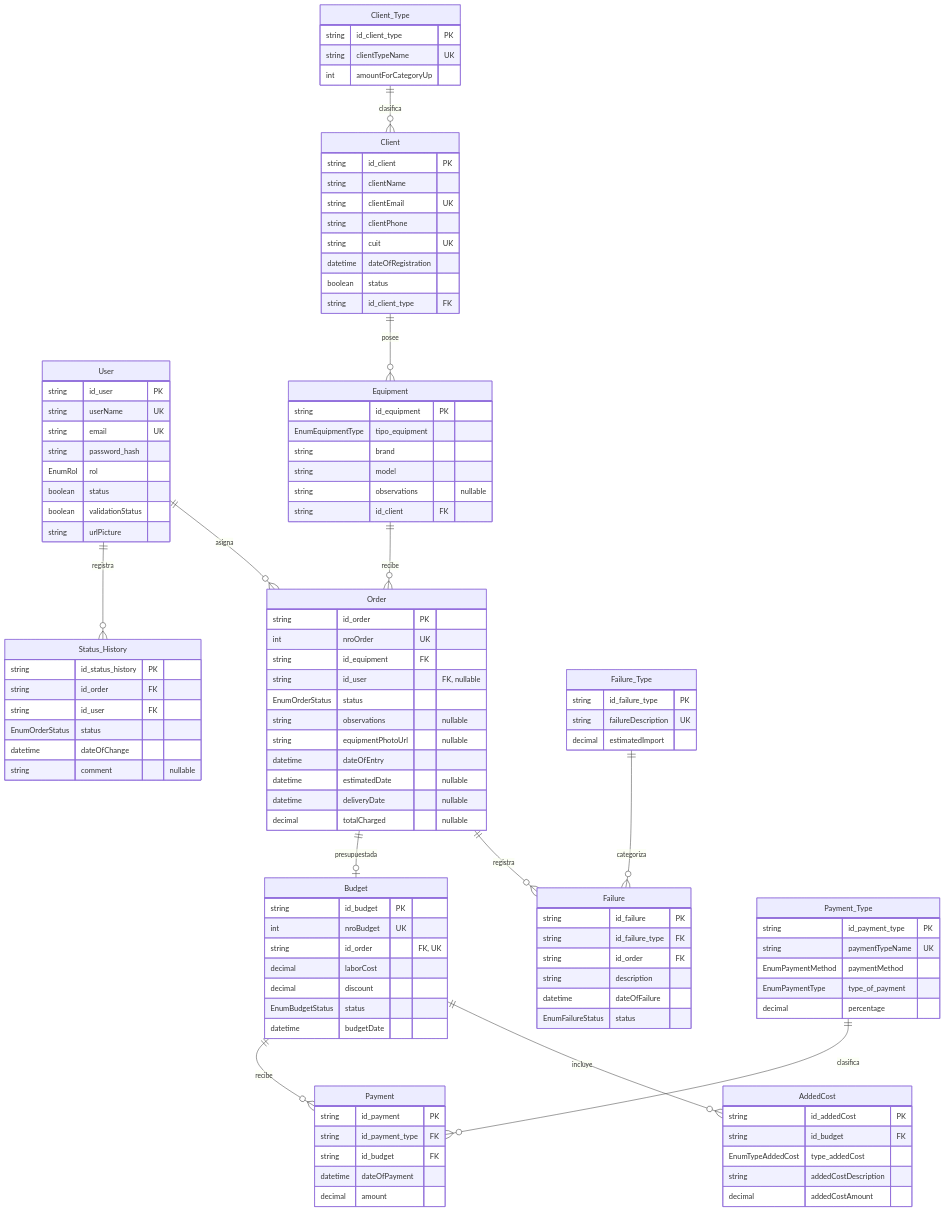
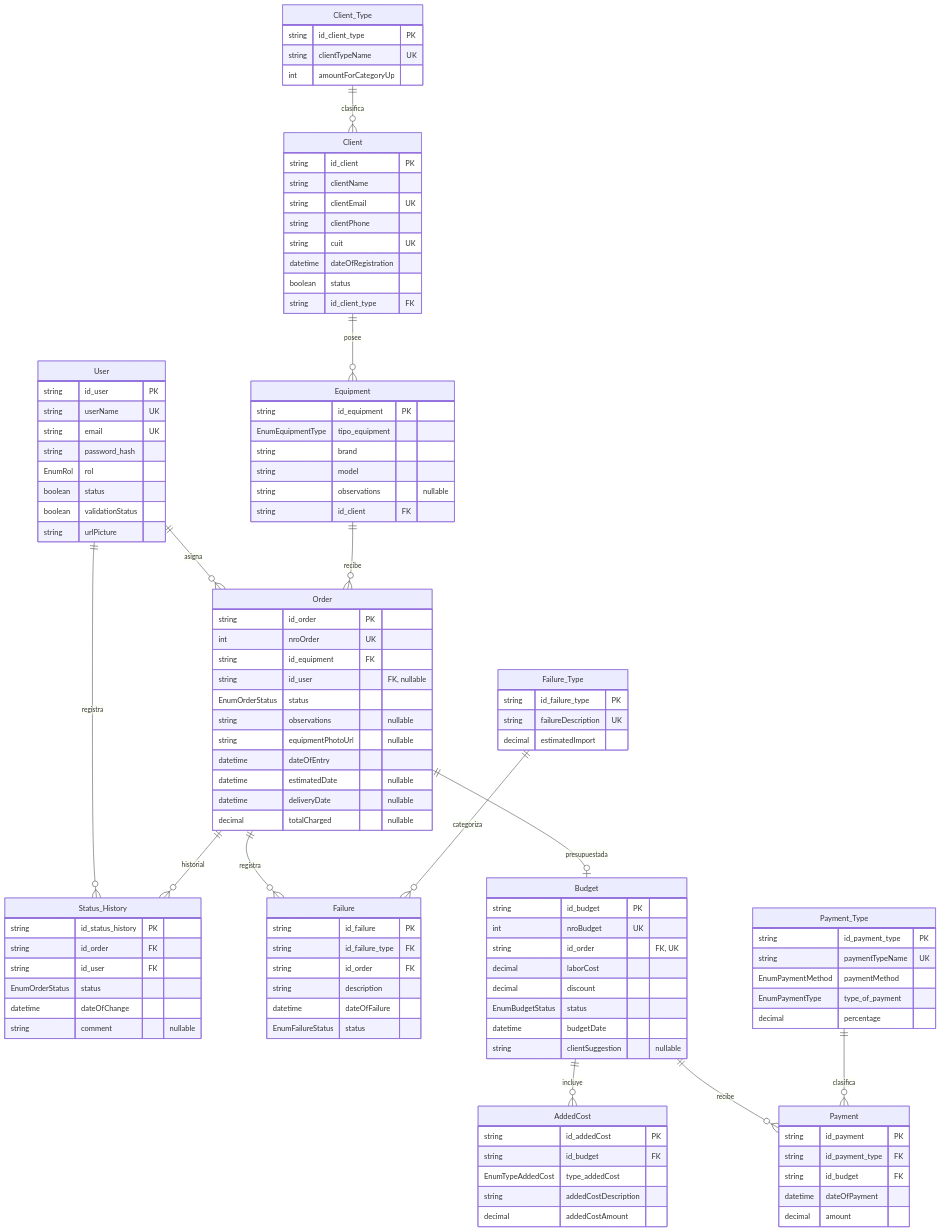
The diagram in docs/02-propuesta/modelo-datos.md (Matias-rego/TP-DS-Isaac-Rego-Vigistain), drawn with Mermaid before and after one commit. The commit also changed 43 other files, not shown here.

```diff
--- a/docs/02-propuesta/modelo-datos.md
+++ b/docs/02-propuesta/modelo-datos.md
@@ -17,6 +17,7 @@
     Budget ||--o{ AddedCost : incluye
     Budget ||--o{ Payment : recibe
     Payment_Type ||--o{ Payment : clasifica
+    Order ||--o{ Status_History : historial
 
     User {
         string id_user PK
@@ -93,6 +94,7 @@
         decimal discount
         EnumBudgetStatus status
         datetime budgetDate
+        string clientSuggestion "nullable"
     }
     AddedCost {
         string id_addedCost PK
```
